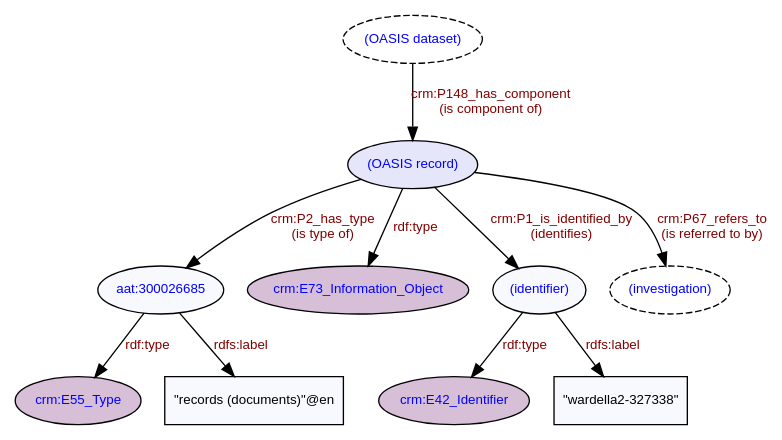
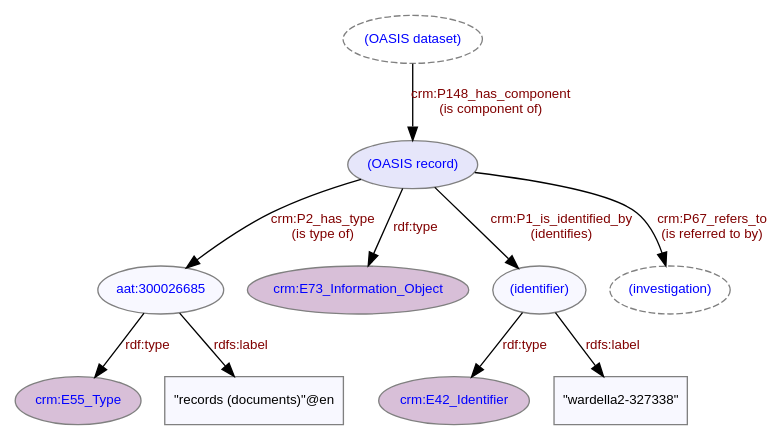
One commit to cbinding/LD4HE changed the diagram in diagrams/ld4he-oasis-record.dot. Above: the diagram before and after it, drawn with Graphviz. The commit also changed 66 other files, not shown here.

```diff
--- a/diagrams/ld4he-oasis-record.dot
+++ b/diagrams/ld4he-oasis-record.dot
@@ -1,24 +1,24 @@
 digraph {
    // label = "OASIS Record";
    // labelloc = "t";
-   node [fontcolor=blue, fontsize=10, fontname=Arial, style=filled, fillcolor=ghostwhite];
+   node [color=gray, fontcolor=blue, fontsize=10, fontname=Arial, style=filled, fillcolor=ghostwhite];
    edge [color=black, fontcolor=maroon, fontsize=10, fontname=Arial ];
    "aat:300026685" [target="aat", URL="http://vocab.getty.edu/aat/300026685"]; 
    "crm:E42_Identifier" [fillcolor=thistle, target="crm", URL="http://www.cidoc-crm.org/cidoc-crm/E42_Identifier"];
    "crm:E73_Information_Object" [fillcolor=thistle, target="crm", URL="http://www.cidoc-crm.org/cidoc-crm/E73_Information_Object"];
    "crm:E55_Type" [fillcolor=thistle, target="crm", URL="http://www.cidoc-crm.org/cidoc-crm/E55_Type"];
    "\"records (documents)\"@en" [shape=box, fontcolor=black]; 
    "\"wardella2-327338\"" [shape=box, fontcolor=black];   
    "(OASIS dataset)" [style=dashed];
    "(OASIS record)" [fillcolor=lavender];
    "(OASIS record)" -> "crm:E73_Information_Object" [label="rdf:type", labelURL="http://www.w3.org/1999/02/22-rdf-syntax-ns#type"];
    "(identifier)" -> "crm:E42_Identifier" [label="rdf:type", labelURL="http://www.w3.org/1999/02/22-rdf-syntax-ns#type"];
    "aat:300026685" -> "crm:E55_Type" [label="rdf:type", labelURL="http://www.w3.org/1999/02/22-rdf-syntax-ns#type"];  
    "aat:300026685" -> "\"records (documents)\"@en" [label="rdfs:label", labelURL="http://www.w3.org/2000/01/rdf-schema#label"];
    "(OASIS record)" -> "aat:300026685" [label="crm:P2_has_type\n(is type of)", labelURL="http://www.cidoc-crm.org/cidoc-crm/P2_has_type"];
    "(OASIS dataset)" -> "(OASIS record)" [label="crm:P148_has_component\n(is component of)", labelURL="http://www.cidoc-crm.org/cidoc-crm/P148_has_component"];
    "(OASIS record)" -> "(identifier)" [label="crm:P1_is_identified_by\n(identifies)", labelURL="http://www.cidoc-crm.org/cidoc-crm/P1_is_identified_by"];
    "(identifier)" -> "\"wardella2-327338\"" [label="rdfs:label", labelURL="http://www.w3.org/2000/01/rdf-schema#label"];
    "(OASIS record)" -> "(investigation)" [label="crm:P67_refers_to\n(is referred to by)", labelURL="http://www.cidoc-crm.org/cidoc-crm/P67_refers_to"];
    "(investigation)" [style=dashed];
  }
```
